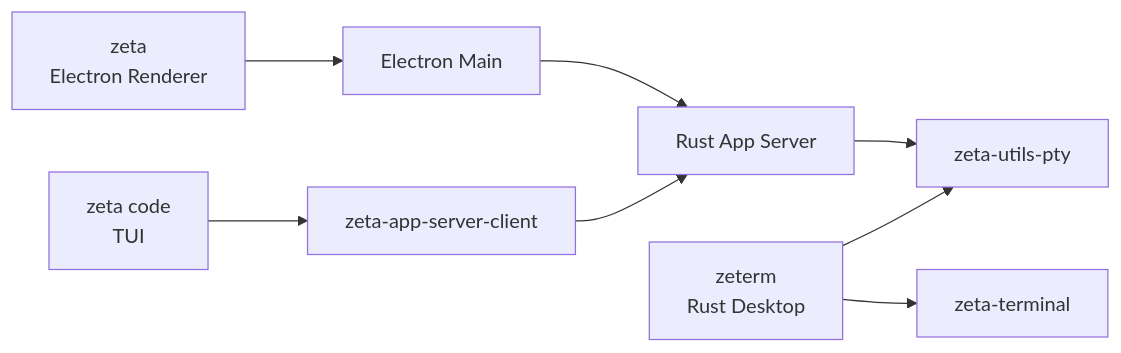
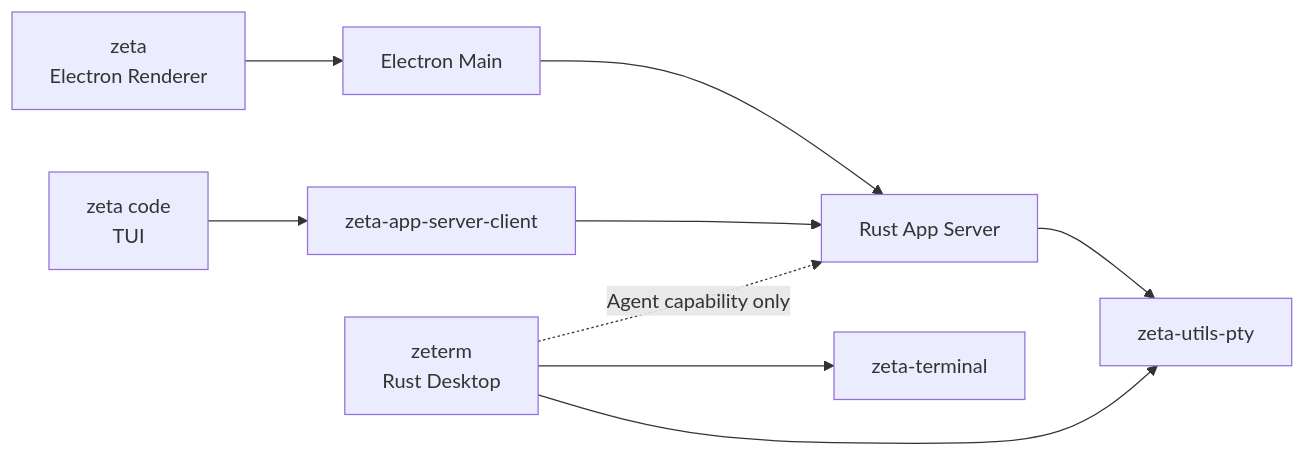
The diagram in docs/product-lines.md (chogng/zeta), drawn with Mermaid before and after one commit. The commit also changed other lines of this file and 782 other files, not shown here.

````diff
--- a/docs/product-lines.md
+++ b/docs/product-lines.md
@@ -26,10 +28,11 @@
 ```mermaid
 flowchart LR
     Code["zeta code\nTUI"] --> Client["zeta-app-server-client"]
     Desktop["zeta\nElectron Renderer"] --> Main["Electron Main"]
     Main --> Server["Rust App Server"]
     Client --> Server
     Server --> Pty["zeta-utils-pty"]
     Term["zeterm\nRust Desktop"] --> Core["zeta-terminal"]
     Term --> Pty
+    Term -. "Agent capability only" .-> Server
 ```
````
